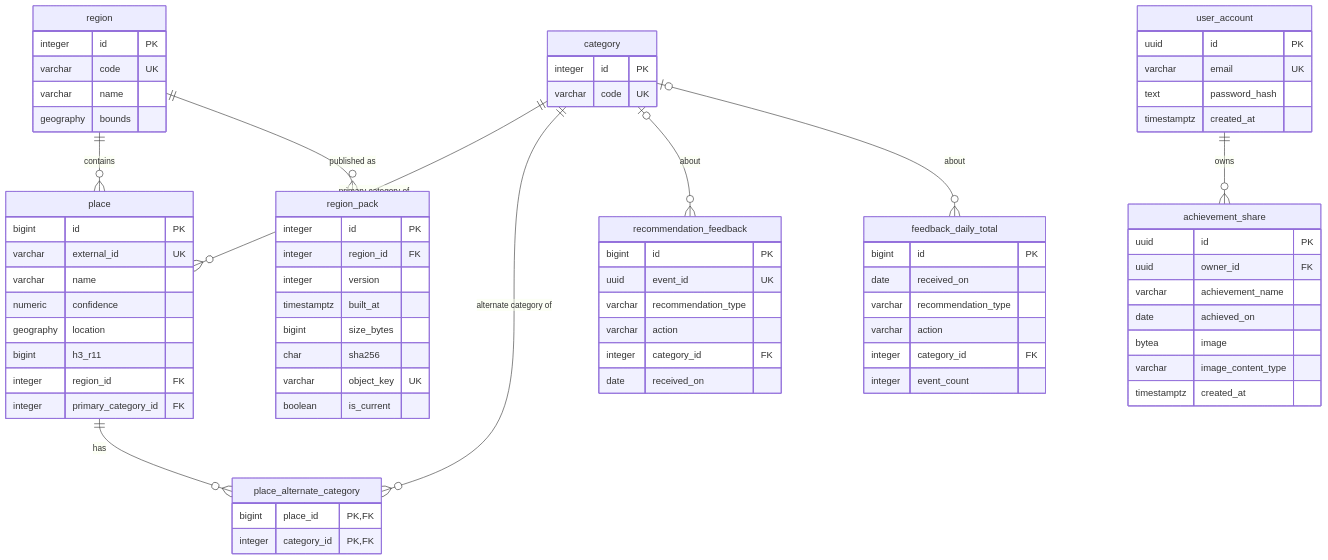
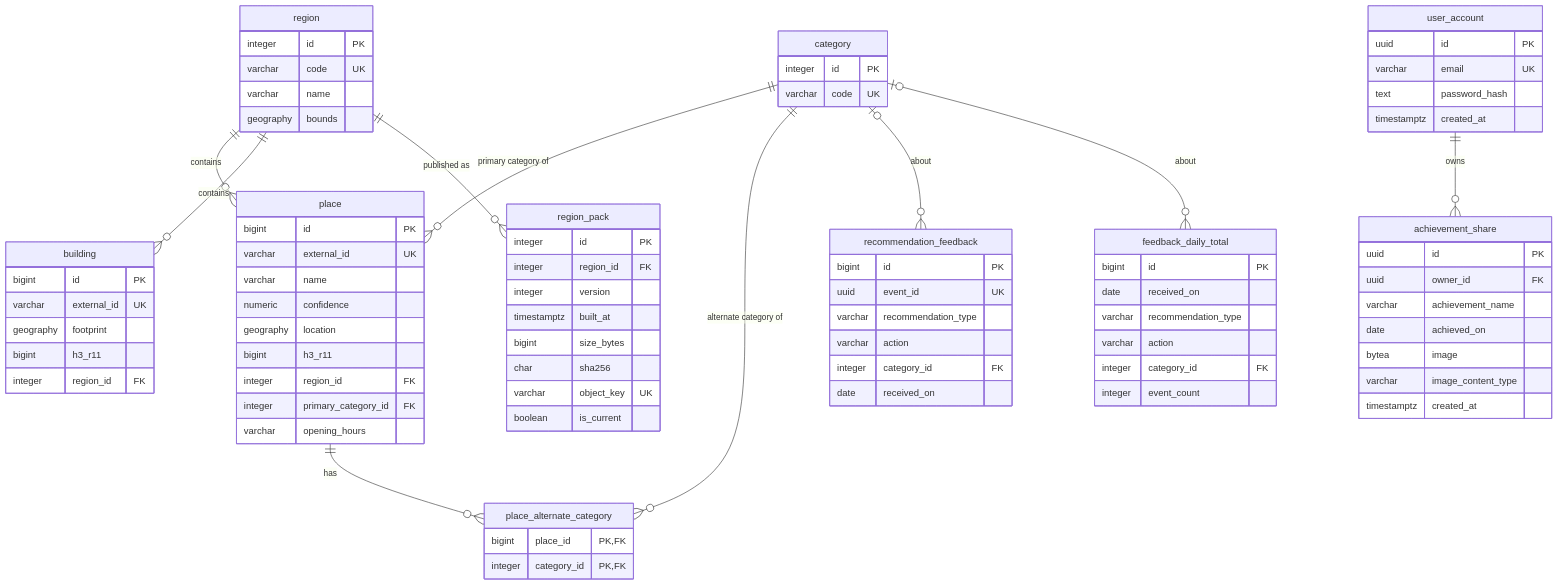
Before and after one commit to tuiiis/unwalked-backend: the diagram in docs/database/data-dictionary.md, drawn with Mermaid. The commit also changed other lines of this file and 10 other files, not shown here.

Commit message:
Add buildings and opening hours

````diff
--- a/docs/database/data-dictionary.md
+++ b/docs/database/data-dictionary.md
@@ -9,6 +9,7 @@
 ```mermaid
 erDiagram
     region ||--o{ place : contains
+    region ||--o{ building : contains
     region ||--o{ region_pack : "published as"
     category ||--o{ place : "primary category of"
     place ||--o{ place_alternate_category : has
@@ -46,6 +47,14 @@
         bigint h3_r11
         integer region_id FK
         integer primary_category_id FK
+        varchar opening_hours
+    }
+    building {
+        bigint id PK
+        varchar external_id UK
+        geography footprint
+        bigint h3_r11
+        integer region_id FK
     }
     place_alternate_category {
         bigint place_id PK, FK
````
